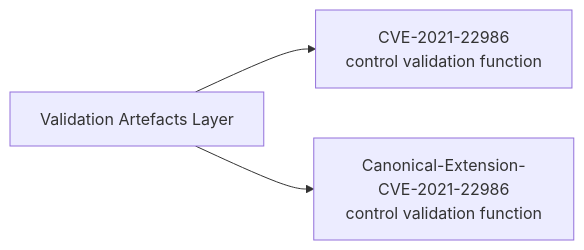
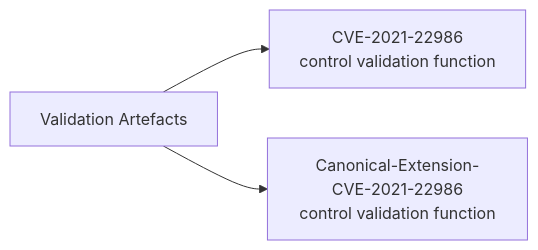
Before and after one commit to whatheheckisthis/whatheheckisthis: the first of 2 diagrams in README.md, drawn with Mermaid. The commit also changed other lines of this file, not shown here.

````diff
--- a/README.md
+++ b/README.md
@@ -154,6 +156,6 @@
 ```mermaid
 flowchart LR
-    VA[Validation Artefacts Layer]
+    VA[Validation Artefacts]
     VA --> CVE1[CVE-2021-22986\ncontrol validation function]
     VA --> CVE2[Canonical-Extension-CVE-2021-22986\ncontrol validation function]
 ```
````
